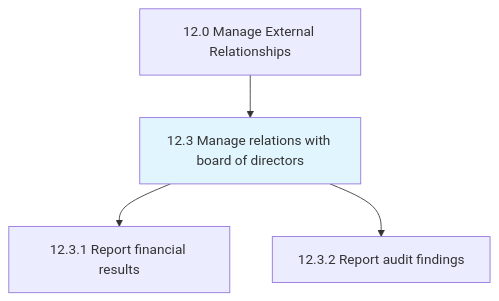
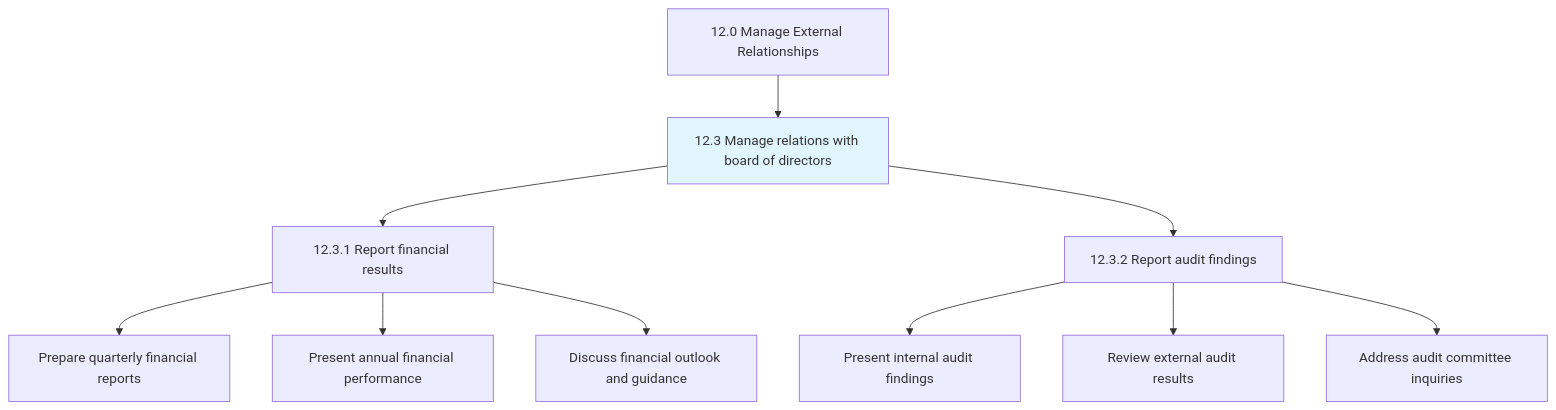
The first of 5 diagrams in processes/12-External/12.3-ManageRelationsBoardDirectors/index.mdx (kziemski/business.org.ai), drawn with Mermaid before and after one commit. The commit also changed other lines of this file and 67 other files, not shown here.

````diff
--- a/processes/12-External/12.3-ManageRelationsBoardDirectors/index.mdx
+++ b/processes/12-External/12.3-ManageRelationsBoardDirectors/index.mdx
@@ -25,8 +31,16 @@
 ```mermaid
 graph TD
     C12["12.0 Manage External Relationships"]
     C12 --> N12_3["12.3 Manage relations with board of directors"]
     style N12_3 fill:#e1f5fe
     N12_3 --> N12_3_1["12.3.1 Report financial results"]
     N12_3 --> N12_3_2["12.3.2 Report audit findings"]
+
+    N12_3_1 --> A1_1["Prepare quarterly financial reports"]
+    N12_3_1 --> A1_2["Present annual financial performance"]
+    N12_3_1 --> A1_3["Discuss financial outlook and guidance"]
+
+    N12_3_2 --> A2_1["Present internal audit findings"]
+    N12_3_2 --> A2_2["Review external audit results"]
+    N12_3_2 --> A2_3["Address audit committee inquiries"]
 ```
````
